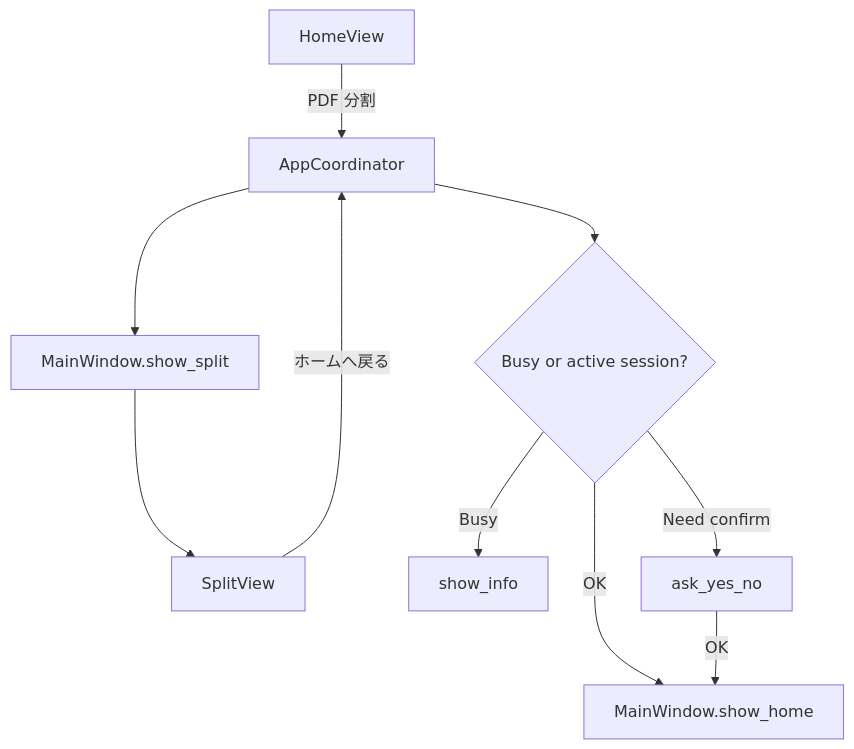
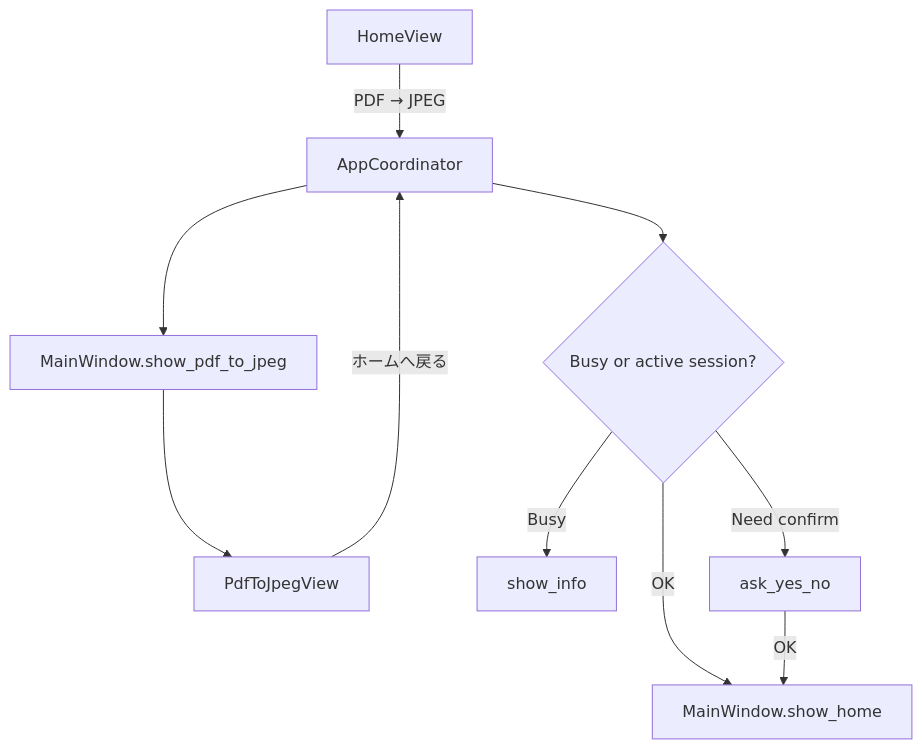
One commit to sho-kawasaki-dd/pdf_toolbox changed the third of 3 diagrams in docs/developer-architecture.md. Above: the diagram before and after it, drawn with Mermaid. The commit also changed other lines of this file and 25 other files, not shown here.

````diff
--- a/docs/developer-architecture.md
+++ b/docs/developer-architecture.md
@@ -206,12 +223,12 @@
 ```mermaid
 flowchart TD
-  A[HomeView] -->|PDF 分割| B[AppCoordinator]
-  B --> C[MainWindow.show_split]
-  C --> D[SplitView]
+  A[HomeView] -->|PDF → JPEG| B[AppCoordinator]
+  B --> C[MainWindow.show_pdf_to_jpeg]
+  C --> D[PdfToJpegView]
   D -->|ホームへ戻る| B
   B --> E{Busy or active session?}
   E -->|Busy| F[show_info]
   E -->|Need confirm| G[ask_yes_no]
   E -->|OK| H[MainWindow.show_home]
   G -->|OK| H
 ```
````
